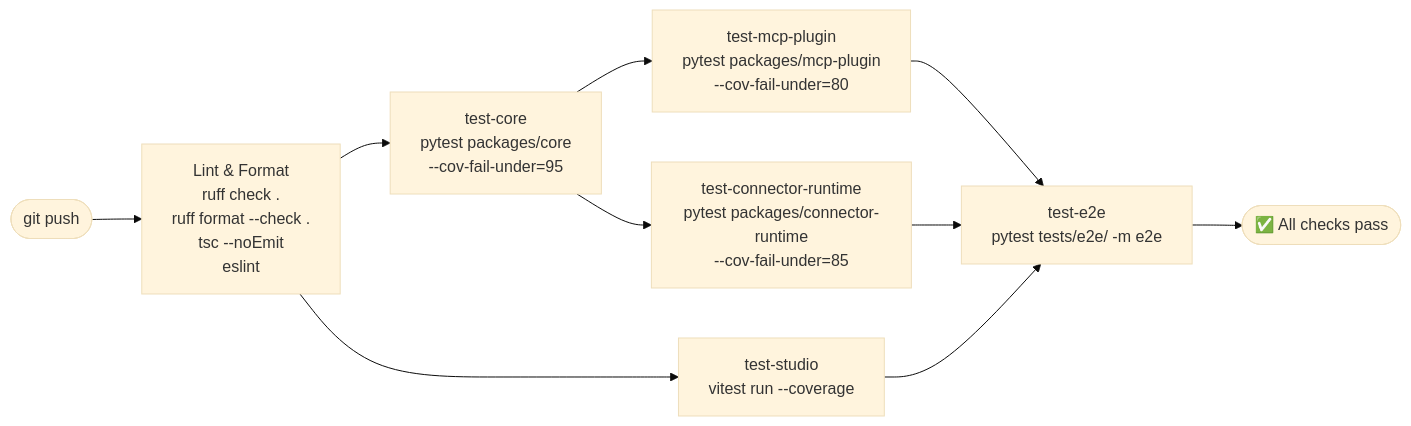
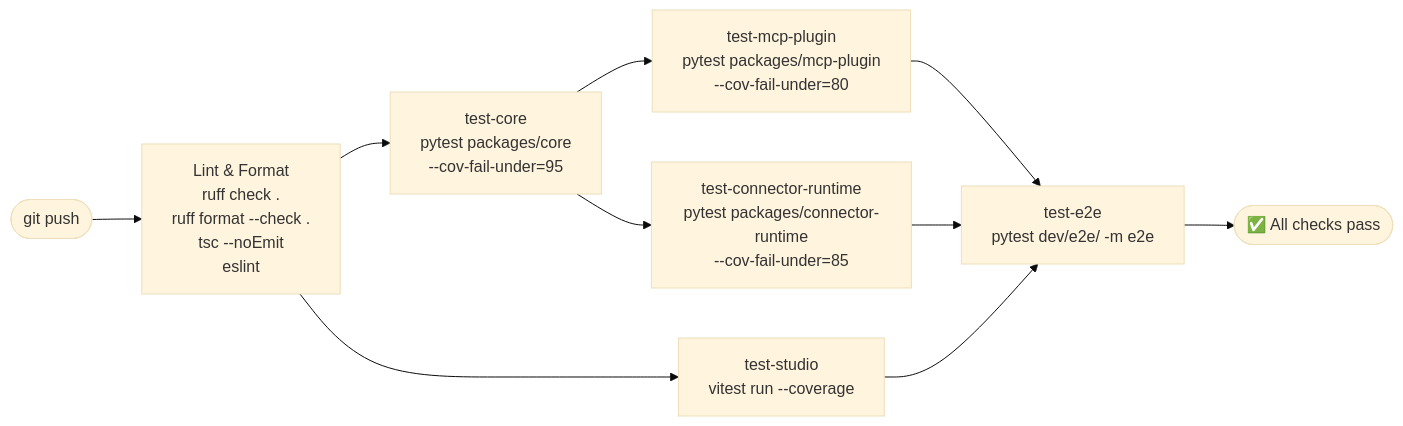
The third of 4 diagrams in docs/test-plan.md (EliBarak12/Elliot), drawn with Mermaid (base theme) before and after one commit. The commit also changed other lines of this file and 44 other files, not shown here.

````diff
--- a/docs/test-plan.md
+++ b/docs/test-plan.md
@@ -128,18 +128,18 @@
 ```mermaid
 flowchart LR
     Push(["git push"])
 
     Push --> Lint["Lint & Format\nruff check .\nruff format --check .\ntsc --noEmit\neslint"]
 
     Lint --> Core["test-core\npytest packages/core\n--cov-fail-under=95"]
     Lint --> Studio["test-studio\nvitest run --coverage"]
 
     Core --> Plugin["test-mcp-plugin\npytest packages/mcp-plugin\n--cov-fail-under=80"]
     Core --> Runtime["test-connector-runtime\npytest packages/connector-runtime\n--cov-fail-under=85"]
 
-    Plugin --> E2E["test-e2e\npytest tests/e2e/ -m e2e"]
+    Plugin --> E2E["test-e2e\npytest dev/e2e/ -m e2e"]
     Runtime --> E2E
     Studio --> E2E
 
     E2E --> Pass(["✅ All checks pass"])
 ```
````
